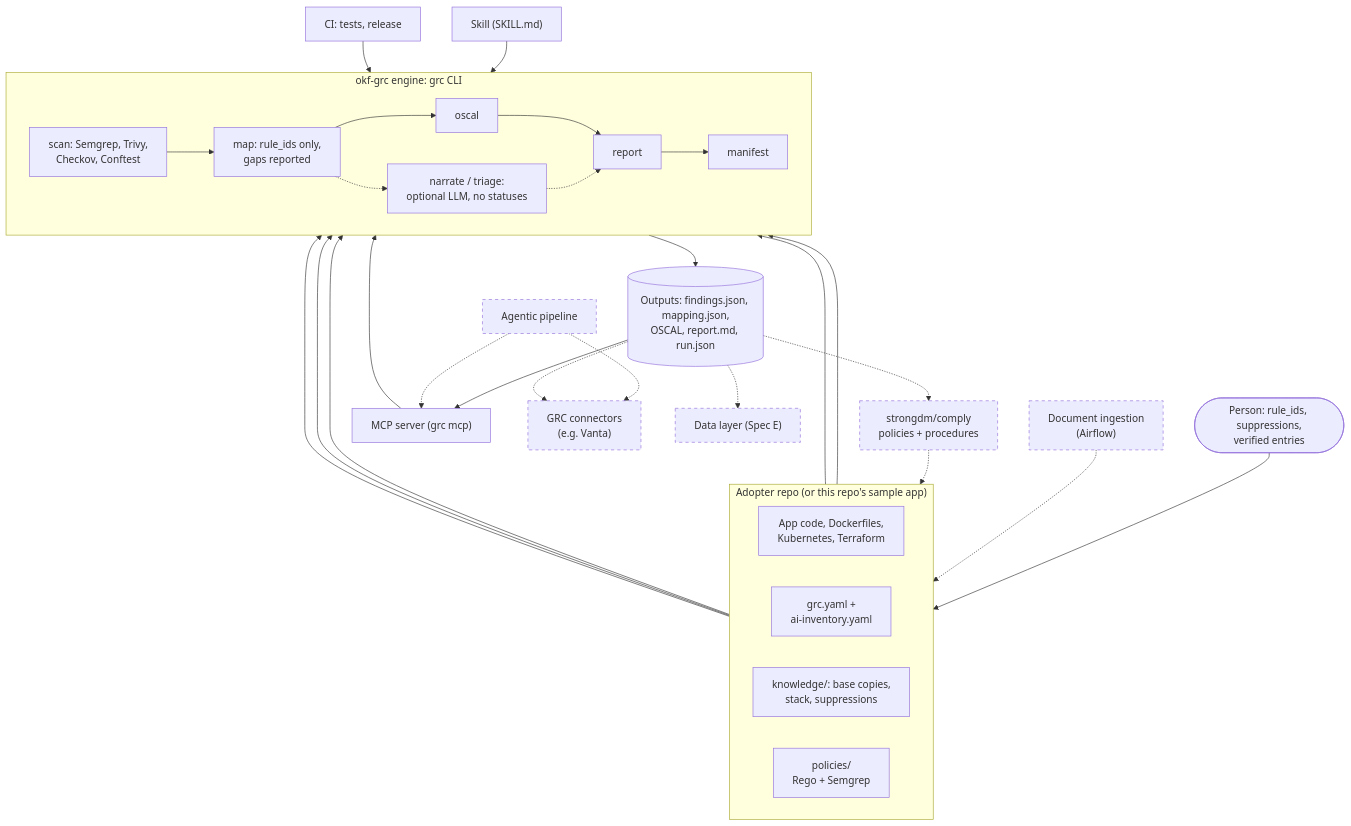
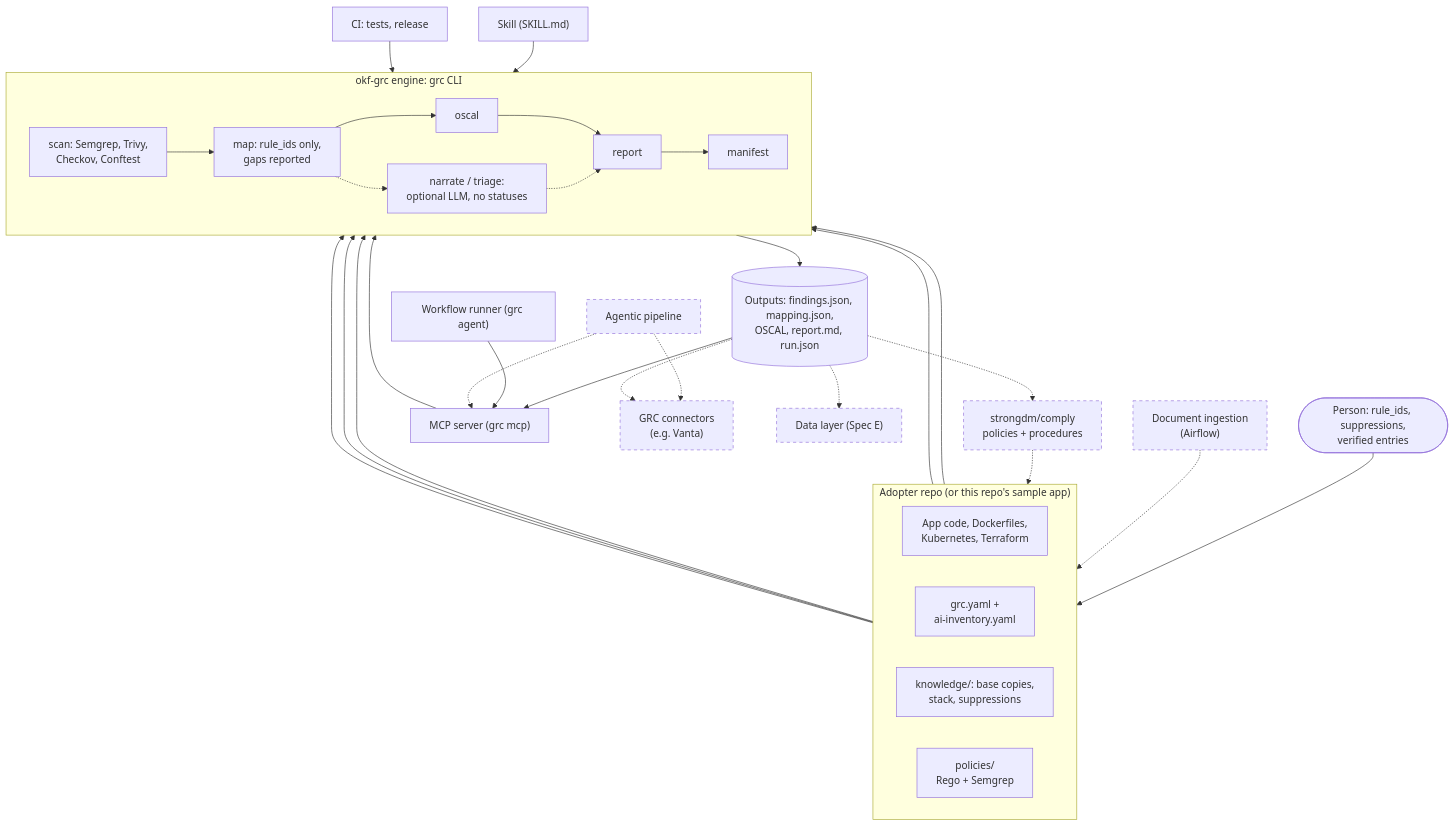
The diagram in docs/architecture.md (cdevarenne/grc-evidence), drawn with Mermaid before and after one commit. The commit also changed other lines of this file and 3 other files, not shown here.

````diff
--- a/docs/architecture.md
+++ b/docs/architecture.md
@@ -25,48 +25,50 @@
 ```mermaid
 flowchart TB
   person(["Person: rule_ids, suppressions,<br/>verified entries"])
   ingest["Document ingestion<br/>(Airflow)"]:::proposed
   comply["strongdm/comply<br/>policies + procedures"]:::proposed
 
   subgraph repo["Adopter repo (or this repo's sample app)"]
     direction LR
     code["App code, Dockerfiles,<br/>Kubernetes, Terraform"]
     cfg["grc.yaml +<br/>ai-inventory.yaml"]
     kb["knowledge/: base copies,<br/>stack, suppressions"]
     pol["policies/<br/>Rego + Semgrep"]
   end
 
   subgraph engine["okf-grc engine: grc CLI"]
     direction LR
     scan["scan: Semgrep, Trivy,<br/>Checkov, Conftest"] --> map["map: rule_ids only,<br/>gaps reported"] --> oscal["oscal"] --> report["report"] --> manifest["manifest"]
     llm["narrate / triage:<br/>optional LLM, no statuses"]
   end
 
   files[("Outputs: findings.json, mapping.json,<br/>OSCAL, report.md, run.json")]
 
   skill["Skill (SKILL.md)"]
   ci["CI: tests, release"]
   mcp["MCP server (grc mcp)"]
+  runner["Workflow runner (grc agent)"]
   agent["Agentic pipeline"]:::proposed
   conn["GRC connectors<br/>(e.g. Vanta)"]:::proposed
   store["Data layer (Spec E)"]:::proposed
 
   person --> kb
   ingest -.-> kb
   comply -.-> kb
   code & cfg & pol --> scan
   kb & cfg --> map
   map -.-> llm -.-> report
   manifest --> files
   skill --> engine
   ci --> engine
   mcp --> engine
   files --> mcp
+  runner --> mcp
   agent -.-> mcp
   agent -.-> conn
   files -.-> conn
   files -.-> store
   files -.-> comply
 
   classDef proposed stroke-dasharray: 5 5
 ```
````
